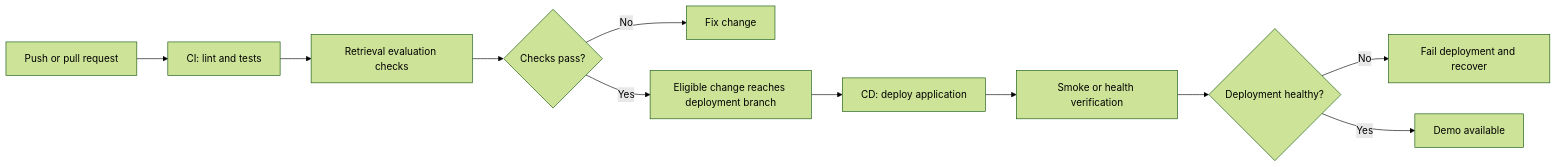
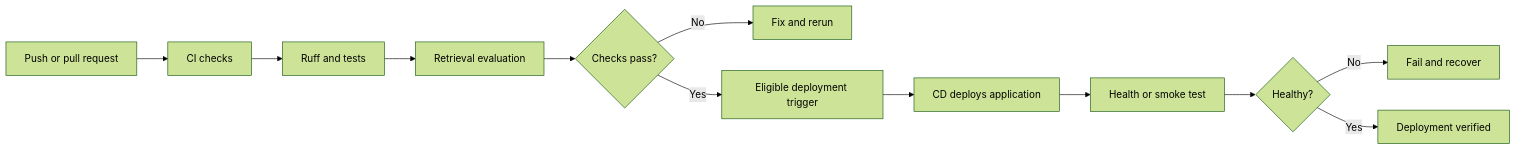
The third of 3 diagrams in README.md (adrinjoseph/Advanced-RAG), drawn with Mermaid (forest theme) before and after one commit. The commit also changed other lines of this file, not shown here.

````diff
--- a/README.md
+++ b/README.md
@@ -104,13 +171,14 @@
 ```mermaid
 flowchart LR
-    A[Push or pull request] --> B[CI: lint and tests]
-    B --> C[Retrieval evaluation checks]
-    C --> D{Checks pass?}
-    D -- No --> E[Fix change]
-    D -- Yes --> F[Eligible change reaches deployment branch]
-    F --> G[CD: deploy application]
-    G --> H[Smoke or health verification]
-    H --> I{Deployment healthy?}
-    I -- No --> J[Fail deployment and recover]
-    I -- Yes --> K[Demo available]
+    A[Push or pull request] --> B[CI checks]
+    B --> C[Ruff and tests]
+    C --> D[Retrieval evaluation]
+    D --> E{Checks pass?}
+    E -- No --> F[Fix and rerun]
+    E -- Yes --> G[Eligible deployment trigger]
+    G --> H[CD deploys application]
+    H --> I[Health or smoke test]
+    I --> J{Healthy?}
+    J -- No --> K[Fail and recover]
+    J -- Yes --> L[Deployment verified]
 ```
````
